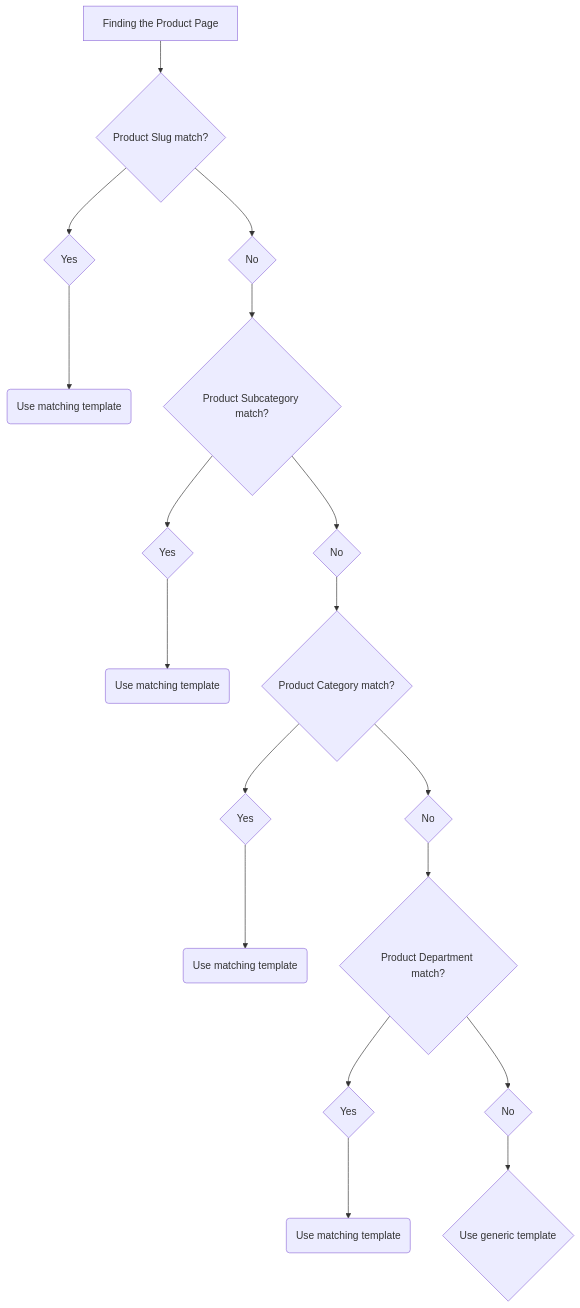
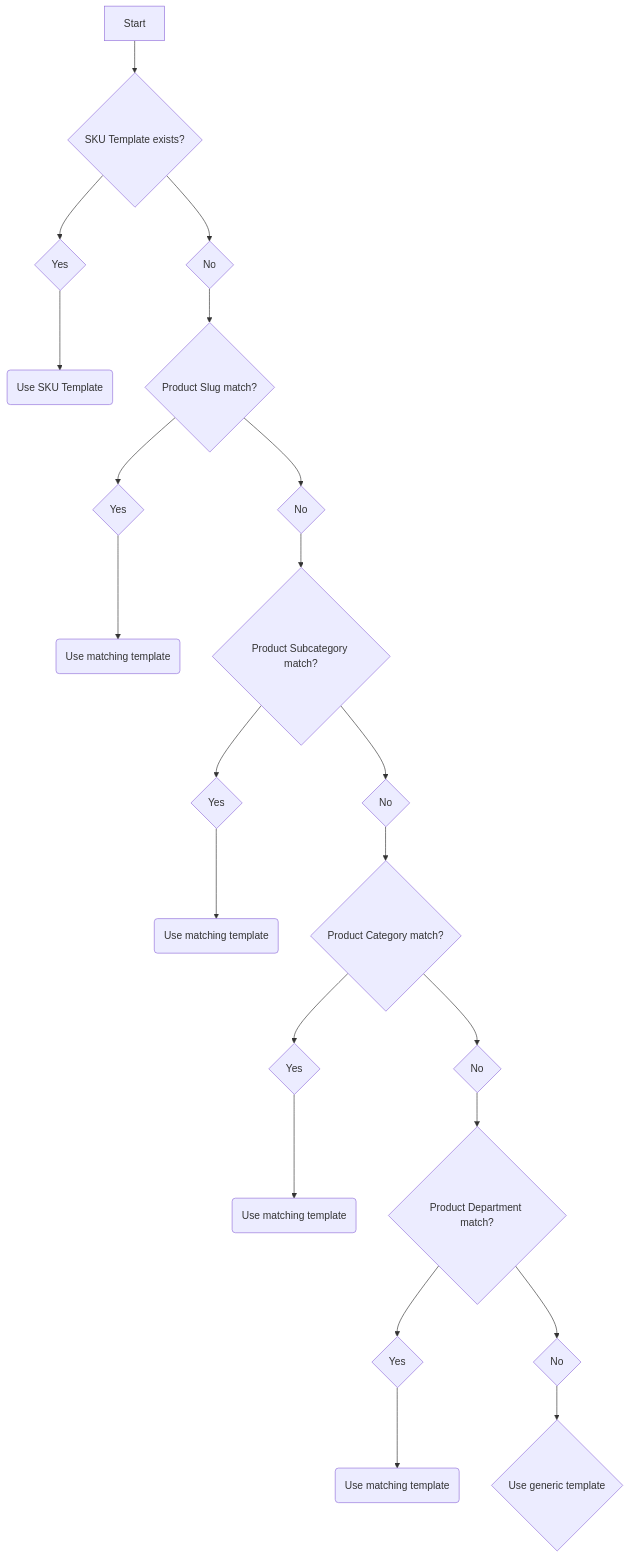
The diagram in docs/faststore/docs/headless-cms/multiple-page-template.mdx (vtexdocs/dev-portal-content), drawn with Mermaid before and after one commit. The commit also changed other lines of this file, not shown here.

Commit message:
review SKU template part

````diff
--- a/docs/faststore/docs/headless-cms/multiple-page-template.mdx
+++ b/docs/faststore/docs/headless-cms/multiple-page-template.mdx
@@ -63,12 +63,14 @@
 ```mermaid
 graph TB
-A[Finding the Product Page] --> B{Product Slug match?}
-B --> C{Yes} --> D(Use matching template)
-B --> E{No} --> F{Product Subcategory match?}
+A[Start] --> B{SKU Template exists?}
+B --> C{Yes} --> D(Use SKU Template)
+B --> E{No} --> F{Product Slug match?}
 F --> G{Yes} --> H(Use matching template)
-F --> I{No} --> J{Product Category match?}
+F --> I{No} --> J{Product Subcategory match?}
 J --> K{Yes} --> L(Use matching template)
-J --> M{No} --> N{Product Department match?}
+J --> M{No} --> N{Product Category match?}
 N --> O{Yes} --> P(Use matching template)
-N --> Q{No} --> R{Use generic template}
+N --> Q{No} --> R{Product Department match?}
+R --> S{Yes} --> T(Use matching template)
+R --> U{No} --> V{Use generic template}
 ```
````
